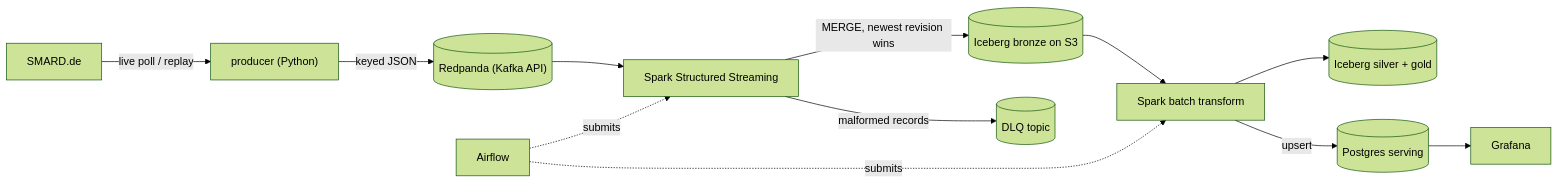
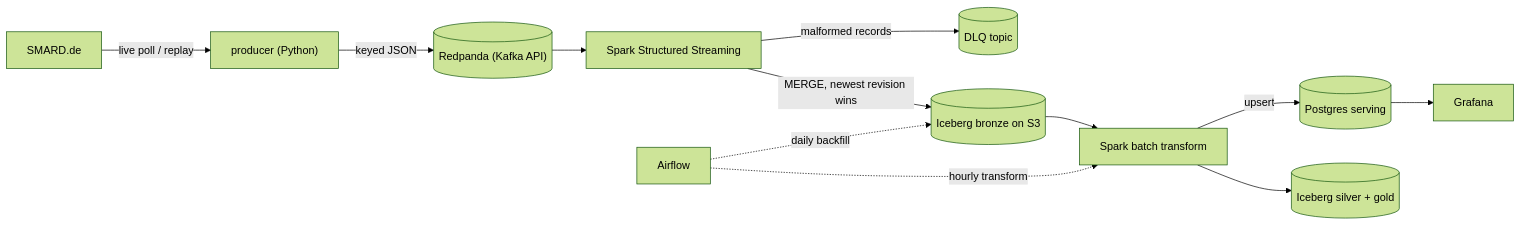
One commit to kaeldrin-gh/de-energy-streaming changed the diagram in README.md. Above: the diagram before and after it, drawn with Mermaid (forest theme). The commit also changed other lines of this file and 5 other files, not shown here.

````diff
--- a/README.md
+++ b/README.md
@@ -19,14 +19,14 @@
 ```mermaid
 flowchart LR
     SMARD["SMARD.de"] -->|live poll / replay| P["producer (Python)"]
     P -->|keyed JSON| K[("Redpanda (Kafka API)")]
     K --> S["Spark Structured Streaming"]
     S -->|"MERGE, newest revision wins"| B[("Iceberg bronze on S3")]
     S -->|malformed records| D[("DLQ topic")]
     B --> T["Spark batch transform"]
     T --> SI[("Iceberg silver + gold")]
     T -->|upsert| PG[("Postgres serving")]
     PG --> G["Grafana"]
-    A["Airflow"] -. submits .-> S
-    A -. submits .-> T
+    A["Airflow"] -. hourly transform .-> T
+    A -. daily backfill .-> B
 ```
````
